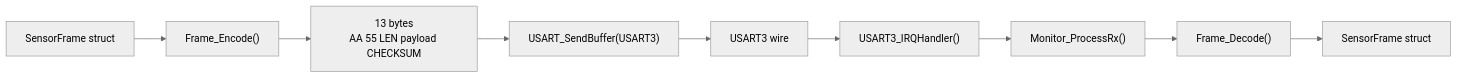
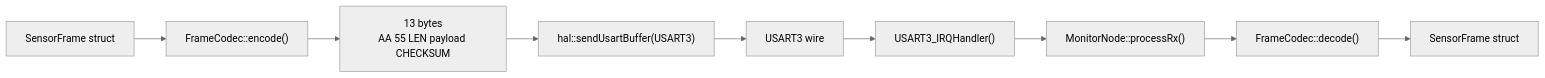
The sixth of 14 diagrams in docs/FUNCTION_DESIGN_WALKTHROUGH.zh-CN.md (Cusnd/dual-stm32-safety-monitor), drawn with Mermaid (neutral theme) before and after one commit. The commit also changed other lines of this file and 78 other files, not shown here.

````diff
--- a/docs/FUNCTION_DESIGN_WALKTHROUGH.zh-CN.md
+++ b/docs/FUNCTION_DESIGN_WALKTHROUGH.zh-CN.md
@@ -196,11 +196,11 @@
 ```mermaid
 flowchart LR
-  S["SensorFrame struct"] --> E["Frame_Encode()"]
+  S["SensorFrame struct"] --> E["FrameCodec::encode()"]
   E --> B["13 bytes\nAA 55 LEN payload CHECKSUM"]
-  B --> U["USART_SendBuffer(USART3)"]
+  B --> U["hal::sendUsartBuffer(USART3)"]
   U --> R["USART3 wire"]
   R --> I["USART3_IRQHandler()"]
-  I --> P["Monitor_ProcessRx()"]
-  P --> D["Frame_Decode()"]
+  I --> P["MonitorNode::processRx()"]
+  P --> D["FrameCodec::decode()"]
   D --> T["SensorFrame struct"]
 ```
````
